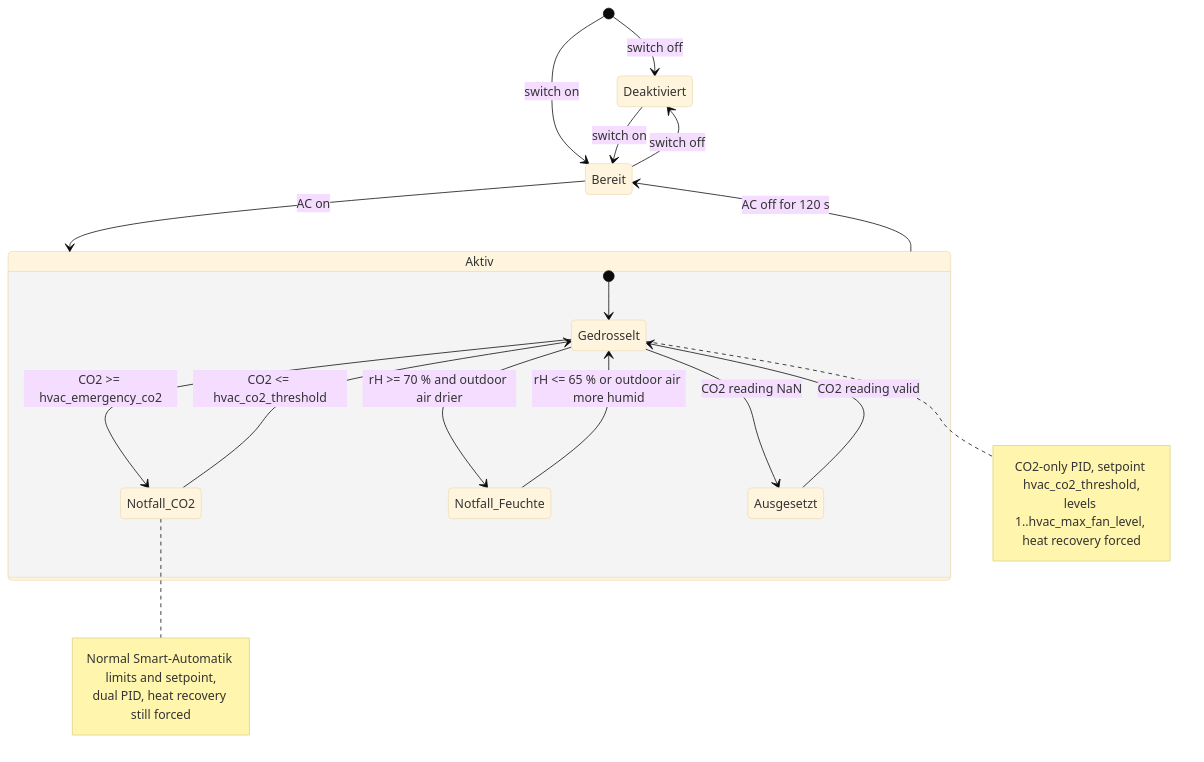
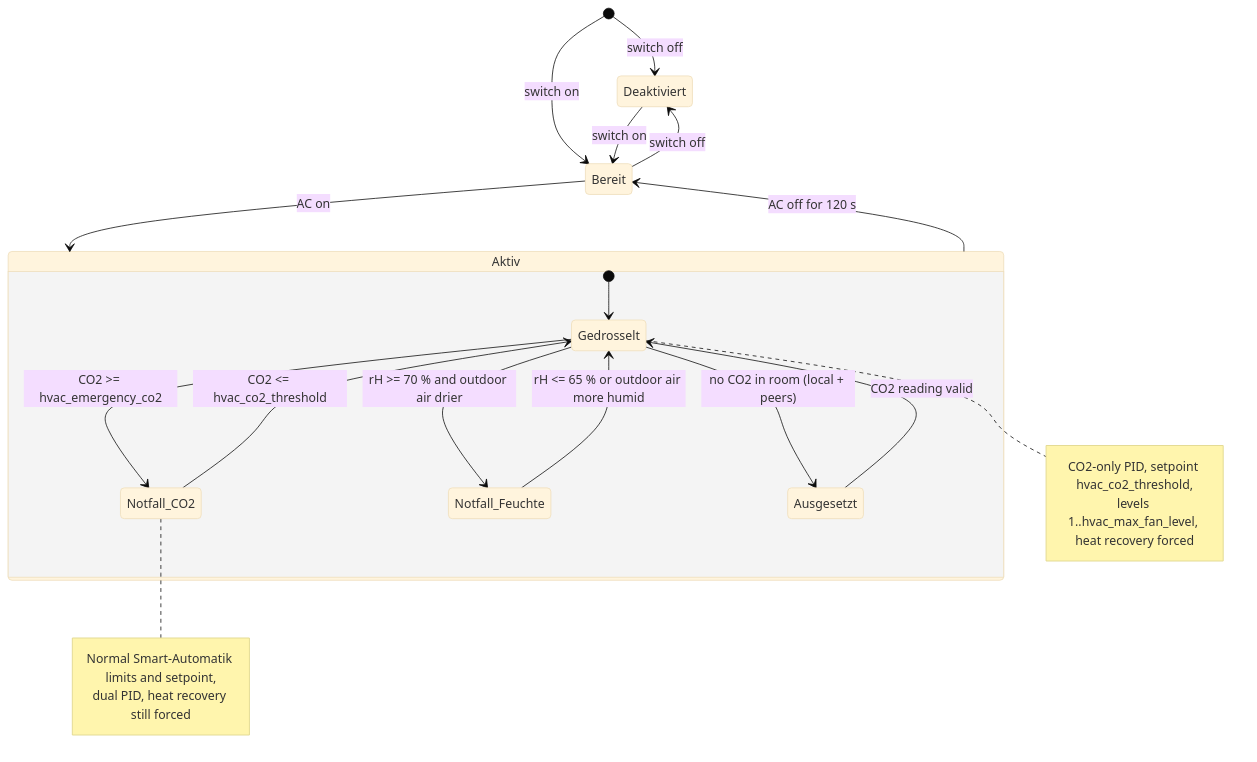
One commit to thomasengeroff-dotcom/ESPHome-Wohnraumlueftung changed the diagram in documentation/en/en_smart-climate-control.md. Above: the diagram before and after it, drawn with Mermaid (base theme). The commit also changed other lines of this file and 19 other files, not shown here.

````diff
--- a/documentation/en/en_smart-climate-control.md
+++ b/documentation/en/en_smart-climate-control.md
@@ -133,30 +135,30 @@
 ```mermaid
 stateDiagram-v2
     [*] --> Deaktiviert : switch off
     [*] --> Bereit : switch on
 
     Deaktiviert --> Bereit : switch on
     Bereit --> Deaktiviert : switch off
 
     Bereit --> Aktiv : AC on
     Aktiv --> Bereit : AC off for 120 s
 
     state Aktiv {
         [*] --> Gedrosselt
         Gedrosselt --> Notfall_CO2 : CO2 >= hvac_emergency_co2
         Notfall_CO2 --> Gedrosselt : CO2 <= hvac_co2_threshold
         Gedrosselt --> Notfall_Feuchte : rH >= 70 % and outdoor air drier
         Notfall_Feuchte --> Gedrosselt : rH <= 65 % or outdoor air more humid
-        Gedrosselt --> Ausgesetzt : CO2 reading NaN
+        Gedrosselt --> Ausgesetzt : no CO2 in room (local + peers)
         Ausgesetzt --> Gedrosselt : CO2 reading valid
     }
 
     note right of Gedrosselt
         CO2-only PID, setpoint hvac_co2_threshold,
         levels 1..hvac_max_fan_level, heat recovery forced
     end note
     note right of Notfall_CO2
         Normal Smart-Automatik limits and setpoint,
         dual PID, heat recovery still forced
     end note
 ```
````
